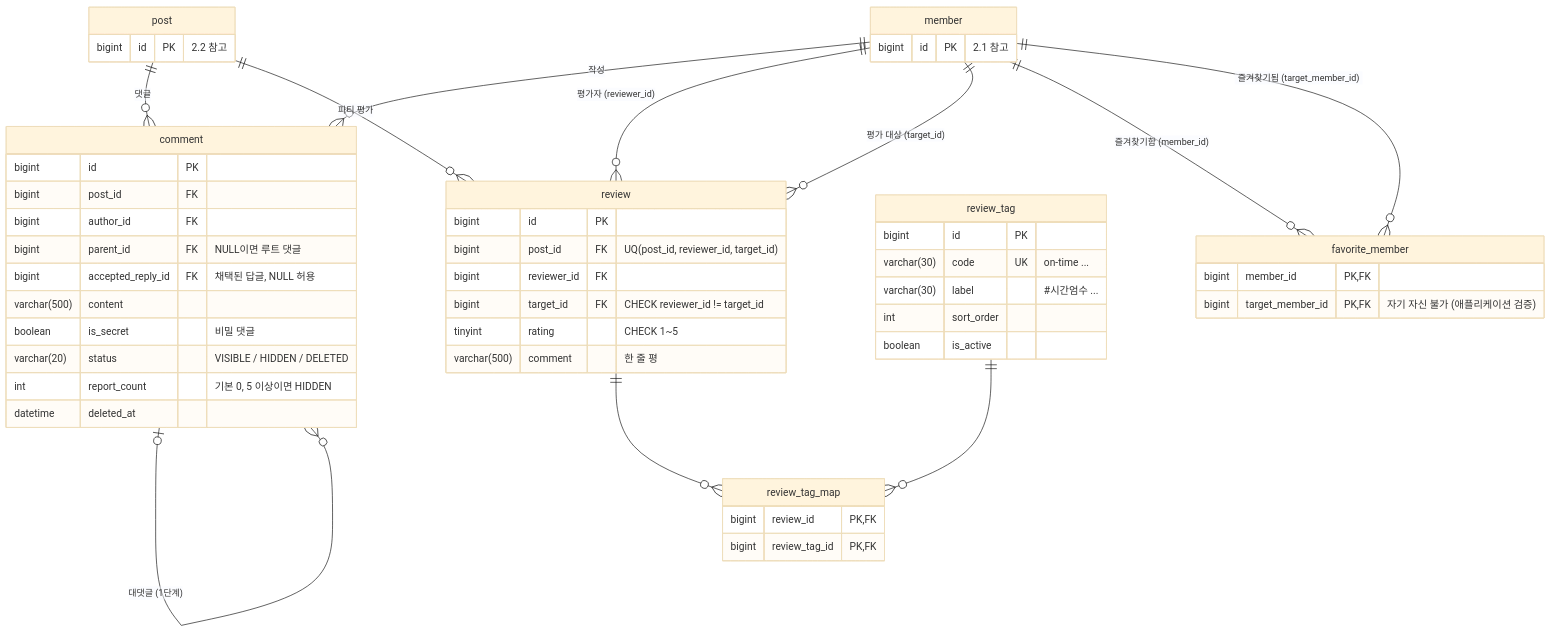
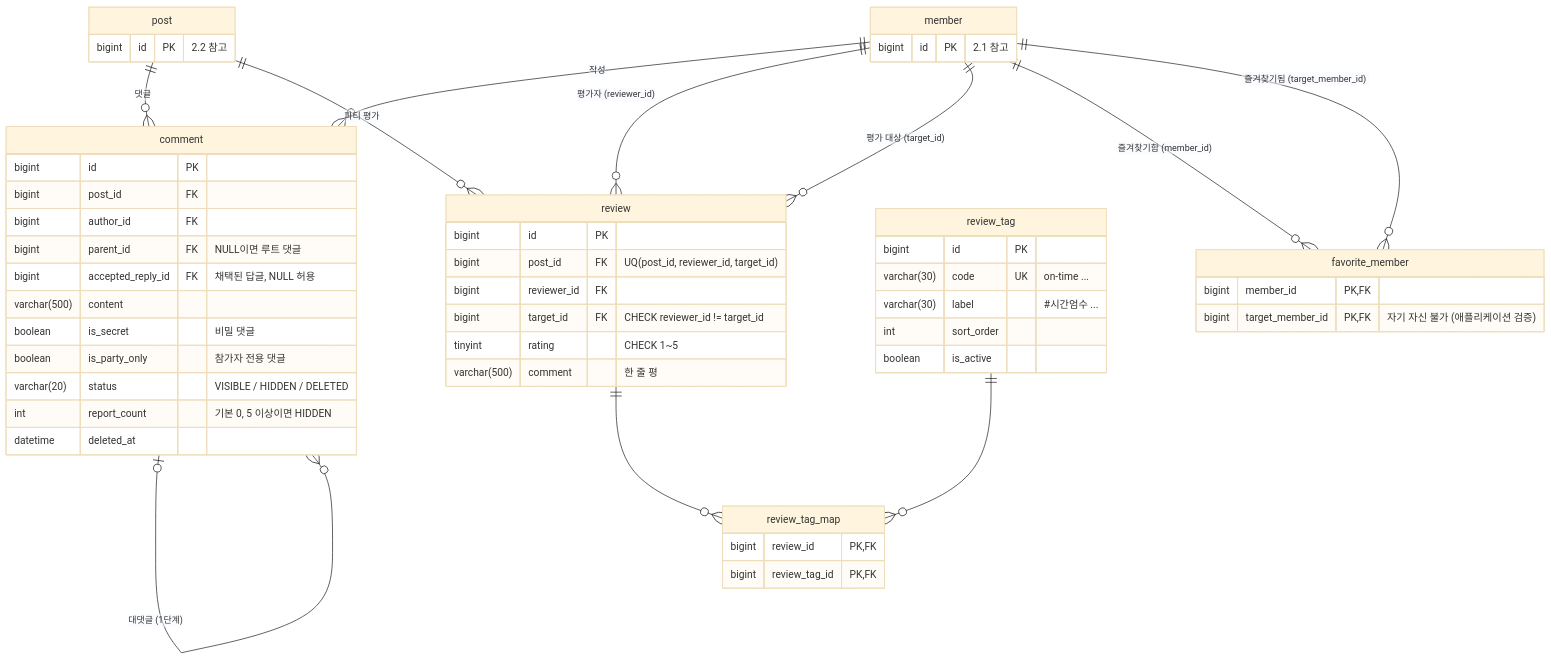
Before and after one commit to likelion-backendschool-11st/basic-project-2team: the fourth of 7 diagrams in docs/04-erd.md, drawn with Mermaid (base theme). The commit also changed 19 other files, not shown here.

````diff
--- a/docs/04-erd.md
+++ b/docs/04-erd.md
@@ -301,61 +301,62 @@
 ```mermaid
 erDiagram
     post ||--o{ comment : "댓글"
     member ||--o{ comment : "작성"
     comment |o--o{ comment : "대댓글 (1단계)"
     post ||--o{ review : "파티 평가"
     member ||--o{ review : "평가자 (reviewer_id)"
     member ||--o{ review : "평가 대상 (target_id)"
     review ||--o{ review_tag_map : ""
     review_tag ||--o{ review_tag_map : ""
     member ||--o{ favorite_member : "즐겨찾기함 (member_id)"
     member ||--o{ favorite_member : "즐겨찾기됨 (target_member_id)"
 
     comment {
         bigint id PK
         bigint post_id FK
         bigint author_id FK
         bigint parent_id FK "NULL이면 루트 댓글"
         bigint accepted_reply_id FK "채택된 답글, NULL 허용"
         varchar(500) content
         boolean is_secret "비밀 댓글"
+        boolean is_party_only "참가자 전용 댓글"
         varchar(20) status "VISIBLE / HIDDEN / DELETED"
         int report_count "기본 0, 5 이상이면 HIDDEN"
         datetime deleted_at
     }
 
     review {
         bigint id PK
         bigint post_id FK "UQ(post_id, reviewer_id, target_id)"
         bigint reviewer_id FK
         bigint target_id FK "CHECK reviewer_id != target_id"
         tinyint rating "CHECK 1~5"
         varchar(500) comment "한 줄 평"
     }
 
     review_tag {
         bigint id PK
         varchar(30) code UK "on-time ..."
         varchar(30) label "#시간엄수 ..."
         int sort_order
         boolean is_active
     }
 
     review_tag_map {
         bigint review_id PK, FK
         bigint review_tag_id PK, FK
     }
 
     favorite_member {
         bigint member_id PK, FK
         bigint target_member_id PK, FK "자기 자신 불가 (애플리케이션 검증)"
     }
 
     post {
         bigint id PK "2.2 참고"
     }
 
     member {
         bigint id PK "2.1 참고"
     }
 ```
````
